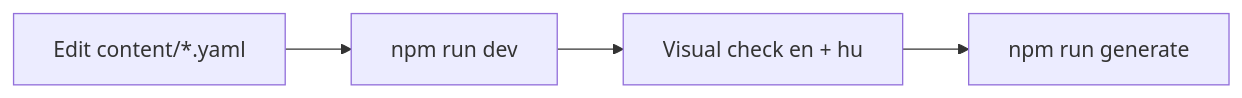
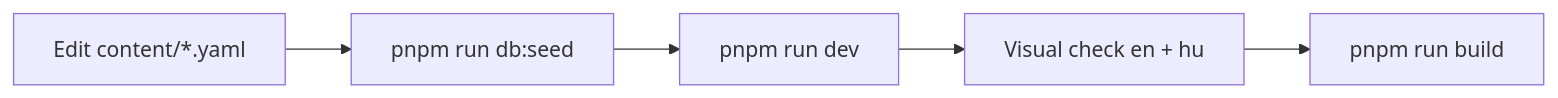
Before and after one commit to 95gabor/cv: the diagram in docs/.ai/workflows/edit-cv-content.md, drawn with Mermaid. The commit also changed other lines of this file and 153 other files, not shown here.

````diff
--- a/docs/.ai/workflows/edit-cv-content.md
+++ b/docs/.ai/workflows/edit-cv-content.md
@@ -14,8 +14,9 @@
 ```mermaid
 flowchart LR
     Edit[Edit content/*.yaml]
-    Dev[npm run dev]
+    Seed[pnpm run db:seed]
+    Dev[pnpm run dev]
     Check[Visual check en + hu]
-    Gen[npm run generate]
-    Edit --> Dev --> Check --> Gen
+    Build[pnpm run build]
+    Edit --> Seed --> Dev --> Check --> Build
 ```
````
